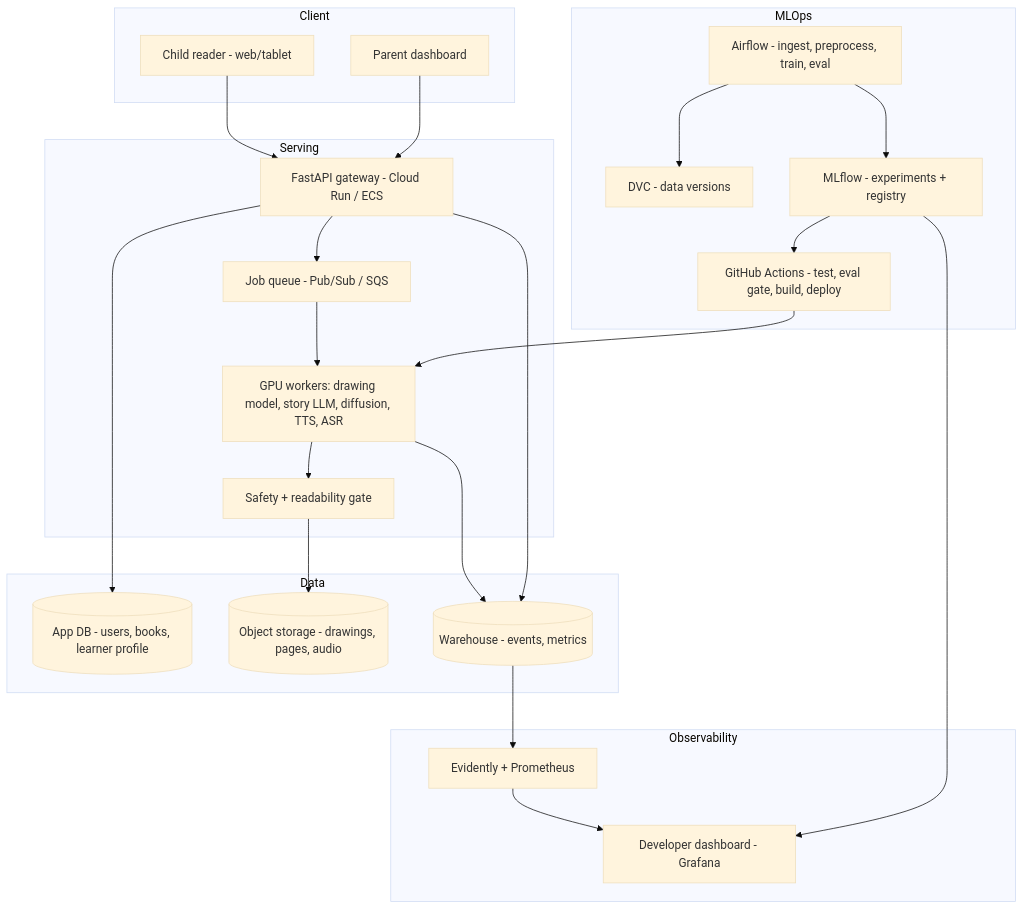
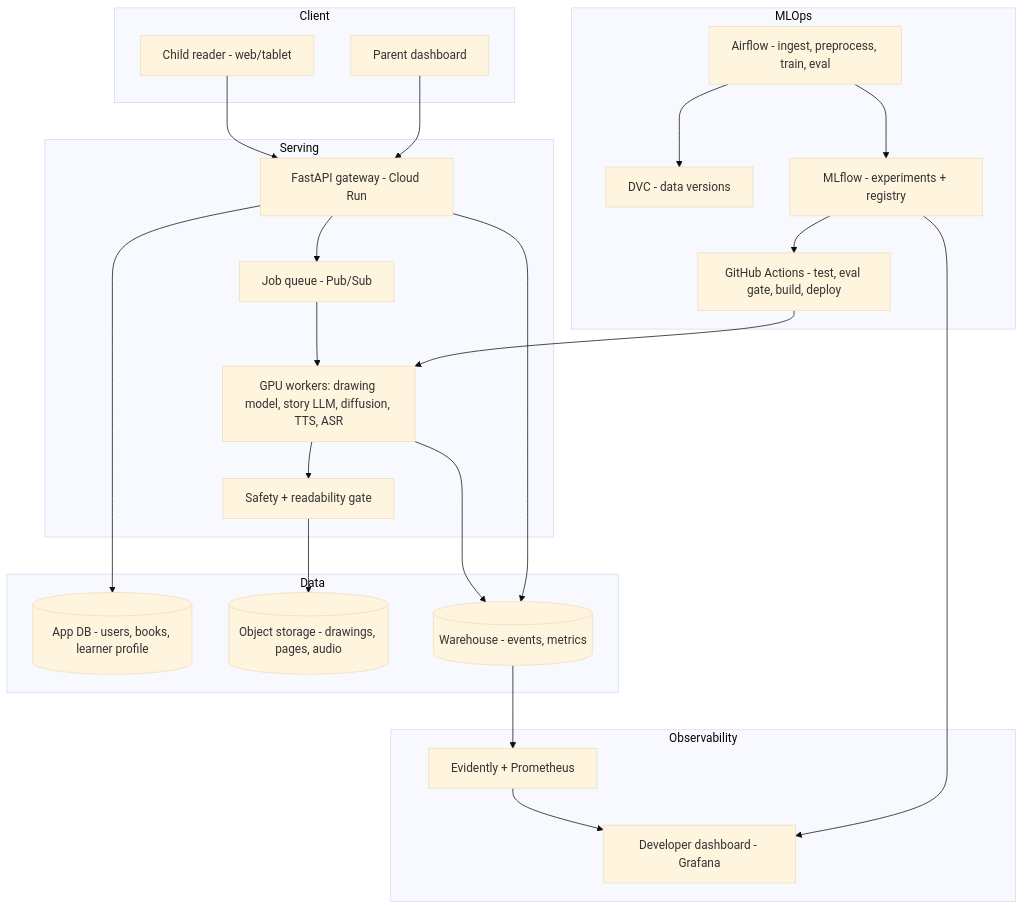
Before and after one commit to keithfernandes12/young-illustrators-primer: the third of 4 diagrams in docs/project_scoping.md, drawn with Mermaid (base theme). The commit also changed other lines of this file and 1 other file, not shown here.

Commit message:
Update scoping docs: GCP chosen as cloud platform

````diff
--- a/docs/project_scoping.md
+++ b/docs/project_scoping.md
@@ -380,39 +380,39 @@
 ```mermaid
 flowchart TB
     subgraph Client
         K[Child reader - web/tablet]
         PD[Parent dashboard]
     end
     subgraph Serving
-        API[FastAPI gateway - Cloud Run / ECS]
-        Q[Job queue - Pub/Sub / SQS]
+        API[FastAPI gateway - Cloud Run]
+        Q[Job queue - Pub/Sub]
         W[GPU workers: drawing model, story LLM, diffusion, TTS, ASR]
         S[Safety + readability gate]
     end
     subgraph Data
         DB[(App DB - users, books, learner profile)]
         OBJ[(Object storage - drawings, pages, audio)]
         WH[(Warehouse - events, metrics)]
     end
     subgraph MLOps
         AF[Airflow - ingest, preprocess, train, eval]
         DVC[DVC - data versions]
         MLF[MLflow - experiments + registry]
         CI[GitHub Actions - test, eval gate, build, deploy]
     end
     subgraph Observability
         MON[Evidently + Prometheus]
         DASH[Developer dashboard - Grafana]
     end
     K --> API
     PD --> API
     API --> Q --> W --> S --> OBJ
     API --> DB
     W --> WH
     API --> WH
     AF --> DVC
     AF --> MLF
     MLF --> CI --> W
     WH --> MON --> DASH
     MLF --> DASH
 ```
````
